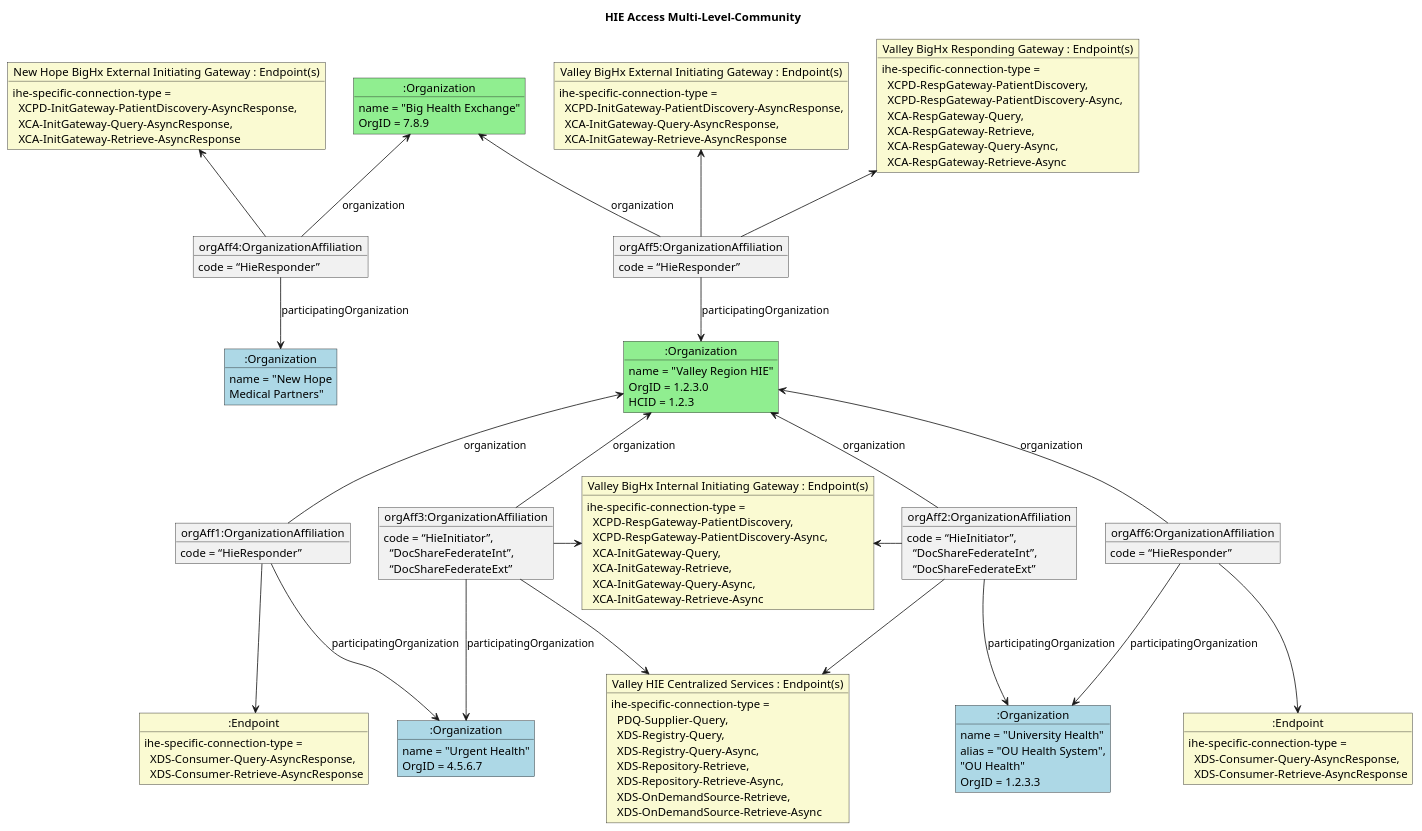
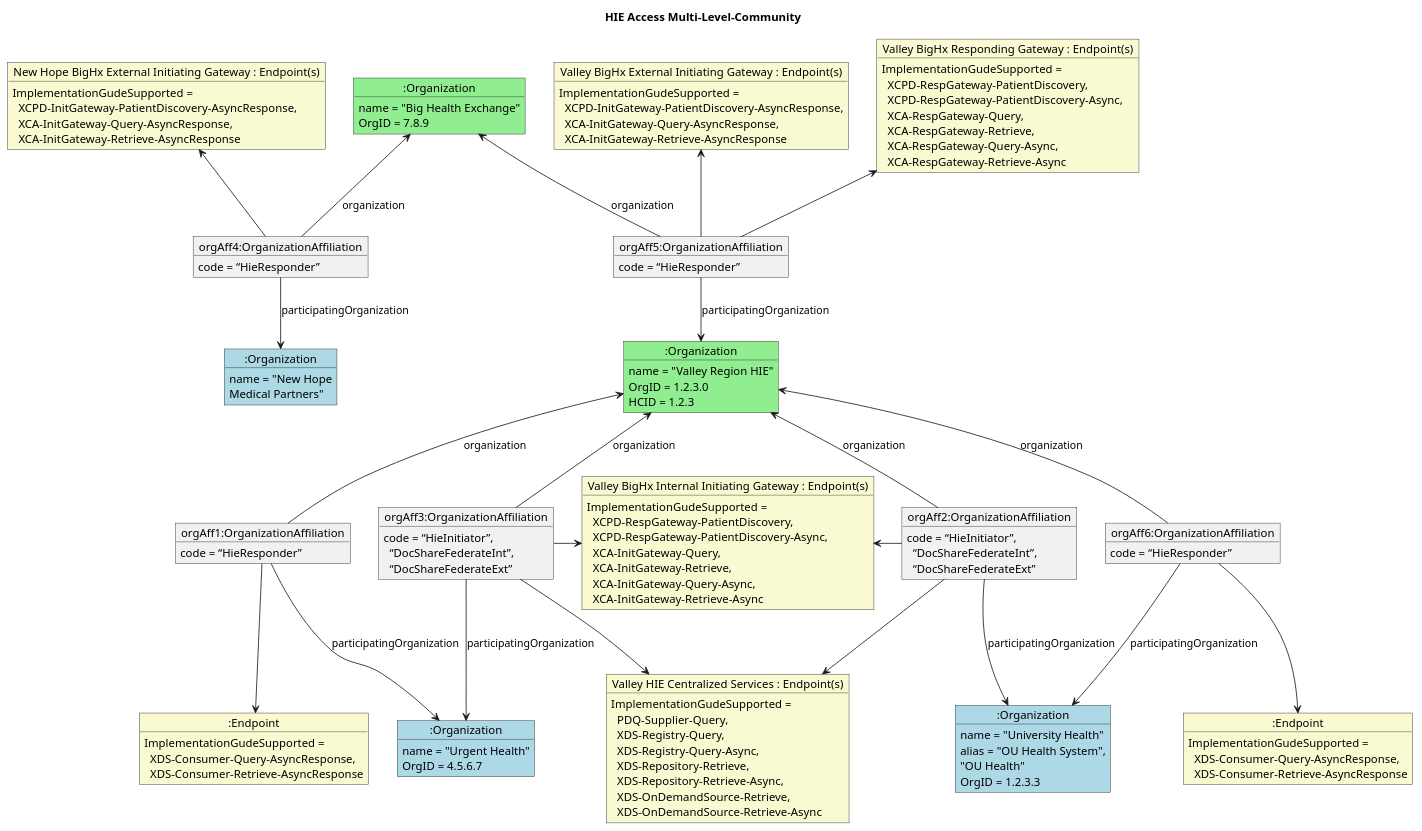
The diagram in input/images-source/OrganizationAffiliationIHE3.plantuml (HL7/fhir-us-ndh), drawn with PlantUML before and after one commit. The commit also changed 16 other files, not shown here.

Commit message:
FHIR-48540  - EndPoint connection type consolidate FHIR-48969 - remove DigitalCertificate extension (and VS/CS) warning cleanups

```diff
--- a/input/images-source/OrganizationAffiliationIHE3.plantuml
+++ b/input/images-source/OrganizationAffiliationIHE3.plantuml
@@ -1,88 +1,88 @@
 @startuml 
 
 title "HIE Access Multi-Level-Community "
 object ":Organization" as nhie #lightgreen
 nhie : name = "Big Health Exchange"
 nhie : OrgID = 7.8.9
 
 object ":Organization" as Partners #LightBlue
 Partners : name = "New Hope\nMedical Partners"
 
 object "New Hope BigHx External Initiating Gateway : Endpoint(s)" as ig1 #LightGoldenRodYellow
-ig1 : ihe-specific-connection-type =\n  XCPD-InitGateway-PatientDiscovery-AsyncResponse,\n  XCA-InitGateway-Query-AsyncResponse,\n  XCA-InitGateway-Retrieve-AsyncResponse
+ig1 : ImplementationGudeSupported =\n  XCPD-InitGateway-PatientDiscovery-AsyncResponse,\n  XCA-InitGateway-Query-AsyncResponse,\n  XCA-InitGateway-Retrieve-AsyncResponse
 
 object "orgAff4:OrganizationAffiliation" as OrgAff4
 OrgAff4 : code = “HieResponder”
 OrgAff4 --> Partners : participatingOrganization
 nhie <-- OrgAff4 : organization
 ig1 <-- OrgAff4
 
 object ":Organization" as hie #lightgreen
 hie : name = "Valley Region HIE"
 hie : OrgID = 1.2.3.0
 hie : HCID = 1.2.3
 
 object "orgAff5:OrganizationAffiliation" as OrgAff5
 OrgAff5 : code = “HieResponder”
 OrgAff5 --> hie : participatingOrganization
 nhie <-- OrgAff5 : organization
 
 object "Valley BigHx Responding Gateway : Endpoint(s)" as rg1 #LightGoldenRodYellow
-rg1 : ihe-specific-connection-type = \n  XCPD-RespGateway-PatientDiscovery,\n  XCPD-RespGateway-PatientDiscovery-Async,\n  XCA-RespGateway-Query,\n  XCA-RespGateway-Retrieve,\n  XCA-RespGateway-Query-Async,\n  XCA-RespGateway-Retrieve-Async
+rg1 : ImplementationGudeSupported = \n  XCPD-RespGateway-PatientDiscovery,\n  XCPD-RespGateway-PatientDiscovery-Async,\n  XCA-RespGateway-Query,\n  XCA-RespGateway-Retrieve,\n  XCA-RespGateway-Query-Async,\n  XCA-RespGateway-Retrieve-Async
 rg1 <-- OrgAff5
 
 object "Valley BigHx External Initiating Gateway : Endpoint(s)" as ig2 #LightGoldenRodYellow
-ig2 : ihe-specific-connection-type =\n  XCPD-InitGateway-PatientDiscovery-AsyncResponse,\n  XCA-InitGateway-Query-AsyncResponse,\n  XCA-InitGateway-Retrieve-AsyncResponse
+ig2 : ImplementationGudeSupported =\n  XCPD-InitGateway-PatientDiscovery-AsyncResponse,\n  XCA-InitGateway-Query-AsyncResponse,\n  XCA-InitGateway-Retrieve-AsyncResponse
 ig2 <-- OrgAff5
 
 object "Valley BigHx Internal Initiating Gateway : Endpoint(s)" as ig3 #LightGoldenRodYellow
-ig3 : ihe-specific-connection-type = \n  XCPD-RespGateway-PatientDiscovery,\n  XCPD-RespGateway-PatientDiscovery-Async,\n  XCA-InitGateway-Query,\n  XCA-InitGateway-Retrieve,\n  XCA-InitGateway-Query-Async,\n  XCA-InitGateway-Retrieve-Async
+ig3 : ImplementationGudeSupported = \n  XCPD-RespGateway-PatientDiscovery,\n  XCPD-RespGateway-PatientDiscovery-Async,\n  XCA-InitGateway-Query,\n  XCA-InitGateway-Retrieve,\n  XCA-InitGateway-Query-Async,\n  XCA-InitGateway-Retrieve-Async
 
 object "Valley HIE Centralized Services : Endpoint(s)" as hieEndpoints #LightGoldenRodYellow
-hieEndpoints : ihe-specific-connection-type = \n  PDQ-Supplier-Query,\n  XDS-Registry-Query,\n  XDS-Registry-Query-Async,\n  XDS-Repository-Retrieve,\n  XDS-Repository-Retrieve-Async,\n  XDS-OnDemandSource-Retrieve,\n  XDS-OnDemandSource-Retrieve-Async
+hieEndpoints : ImplementationGudeSupported = \n  PDQ-Supplier-Query,\n  XDS-Registry-Query,\n  XDS-Registry-Query-Async,\n  XDS-Repository-Retrieve,\n  XDS-Repository-Retrieve-Async,\n  XDS-OnDemandSource-Retrieve,\n  XDS-OnDemandSource-Retrieve-Async
 
 object ":Organization" as OU #LightBlue
 OU : name = "University Health"
 OU : alias = "OU Health System",\n"OU Health"
 OU : OrgID = 1.2.3.3
 
 object ":Organization" as Urgent #LightBlue
 Urgent : name = "Urgent Health"
 Urgent : OrgID = 4.5.6.7
 
 object "orgAff1:OrganizationAffiliation" as OrgAff1
 OrgAff1 : code = “HieResponder”
 OrgAff1 --> Urgent : participatingOrganization
 hie <-- OrgAff1 : organization
 
 object "orgAff2:OrganizationAffiliation" as OrgAff2
 OrgAff2 : code = “HieInitiator”,\n  “DocShareFederateInt”,\n  “DocShareFederateExt”
 OrgAff2 --> OU : participatingOrganization
 hie <-- OrgAff2 : organization
 ig3 <- OrgAff2
 OrgAff2 -> hieEndpoints
 
 object "orgAff3:OrganizationAffiliation" as OrgAff3
 OrgAff3 : code = “HieInitiator”,\n  “DocShareFederateInt”,\n  “DocShareFederateExt”
 OrgAff3 --> Urgent : participatingOrganization
 hie <-- OrgAff3 : organization
 OrgAff3 -> ig3
 OrgAff3 -> hieEndpoints
 
 object "orgAff6:OrganizationAffiliation" as OrgAff6
 OrgAff6 : code = “HieResponder”
 OrgAff6 --> OU : participatingOrganization
 hie <-- OrgAff6 : organization
 
 ig3 -[hidden]- hieEndpoints 
 OrgAff1 -[hidden] OrgAff3
 
 object ":Endpoint" as con2 #LightGoldenRodYellow
-con2 : ihe-specific-connection-type = \n  XDS-Consumer-Query-AsyncResponse,\n  XDS-Consumer-Retrieve-AsyncResponse
+con2 : ImplementationGudeSupported = \n  XDS-Consumer-Query-AsyncResponse,\n  XDS-Consumer-Retrieve-AsyncResponse
 OrgAff6 --> con2
 
 object ":Endpoint" as con3 #LightGoldenRodYellow
-con3 : ihe-specific-connection-type = \n  XDS-Consumer-Query-AsyncResponse,\n  XDS-Consumer-Retrieve-AsyncResponse
+con3 : ImplementationGudeSupported = \n  XDS-Consumer-Query-AsyncResponse,\n  XDS-Consumer-Retrieve-AsyncResponse
 OrgAff1 --> con3
 
 @enduml
```
